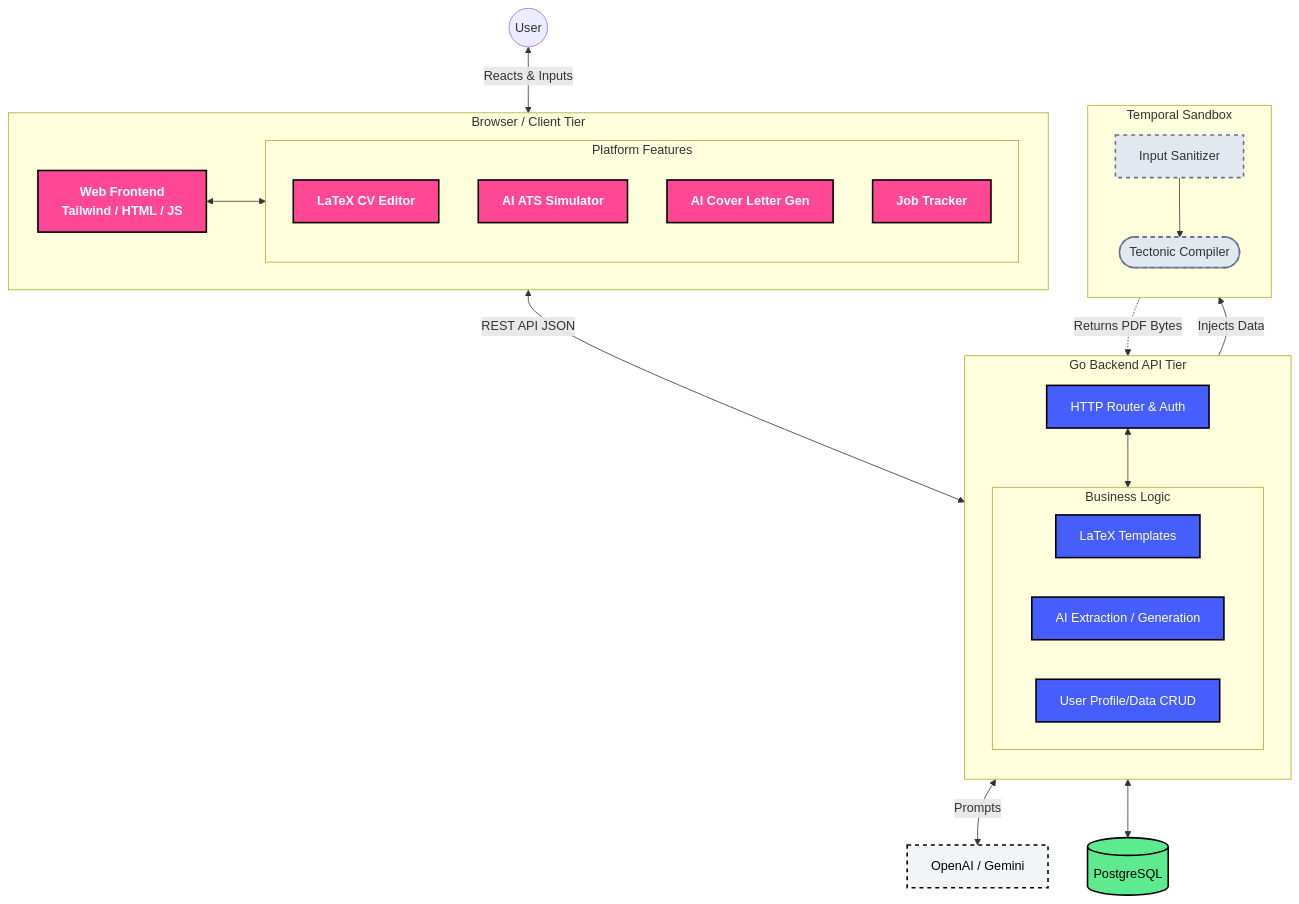
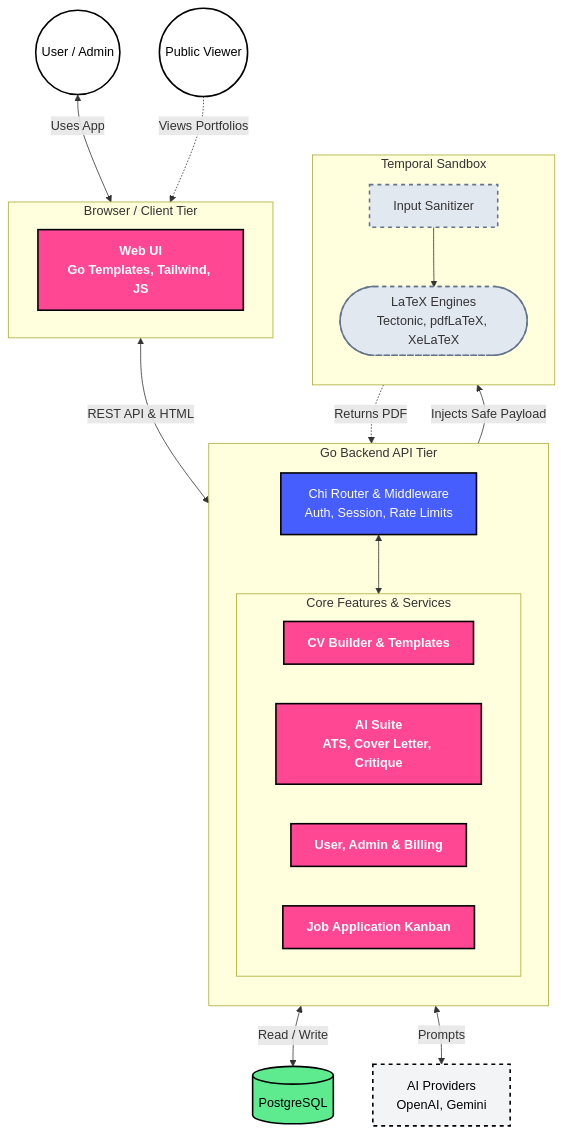
One commit to SemmiDev/atstex-lab changed the diagram in README.md. Above: the diagram before and after it, drawn with Mermaid.

Commit message:
docs: improve architecture diagram in README

````diff
--- a/README.md
+++ b/README.md
@@ -13,67 +13,61 @@
 ```mermaid
 flowchart TB
     %% Entities
-    User((User))
+    User((User / Admin))
+    Viewer((Public Viewer))
 
     subgraph Client [Browser / Client Tier]
-        direction LR
-        UI[Web Frontend<br/>Tailwind / HTML / JS]
-
-        subgraph Features [Platform Features]
-            direction TB
-            Builder[LaTeX CV Editor]
-            ATS[AI ATS Simulator]
-            Cover[AI Cover Letter Gen]
-            Kanban[Job Tracker]
-        end
-        UI <--> Features
+        UI[Web UI<br/>Go Templates, Tailwind, JS]
     end
 
     subgraph Server [Go Backend API Tier]
         direction TB
-        Gateway[HTTP Router & Auth]
+        Router[Chi Router & Middleware<br/>Auth, Session, Rate Limits]
 
-        subgraph Services [Business Logic]
+        subgraph CoreLogic [Core Features & Services]
             direction LR
-            TemplateSvc[LaTeX Templates]
-            AISvc[AI Extraction / Generation]
-            ProfileSvc[User Profile/Data CRUD]
+            Editor[CV Builder & Templates]
+            AITools[AI Suite<br/>ATS, Cover Letter, Critique]
+            UserSys[User, Admin & Billing]
+            Tracker[Job Application Kanban]
         end
-        Gateway <--> Services
+        Router <--> CoreLogic
+    end
+
+    subgraph Sandbox [Temporal Sandbox]
+        direction TB
+        Sanitizer[Input Sanitizer]
+        Engines([LaTeX Engines<br/>Tectonic, pdfLaTeX, XeLaTeX])
+        Sanitizer --> Engines
     end
 
     %% External & DB
     DB[(PostgreSQL)]
-    AI_API[OpenAI / Gemini]
-
-    %% Sandbox Subgraph
-    subgraph Sandbox [Temporal Sandbox]
-        direction TB
-        Sanitizer[Input Sanitizer]
-        Tectonic([Tectonic Compiler])
-        Sanitizer --> Tectonic
-    end
+    AI_API[AI Providers<br/>OpenAI, Gemini]
 
     %% Data Flow
-    User <-->|Reacts & Inputs| Client
-    Client <-->|REST API JSON| Gateway
+    User <-->|Uses App| Client
+    Viewer -.->|Views Portfolios| Client
+    Client <-->|REST API & HTML| Router
 
-    Services <--> DB
-    AISvc <-->|Prompts| AI_API
+    CoreLogic <-->|Read / Write| DB
+    CoreLogic <-->|Prompts| AI_API
 
-    TemplateSvc -->|Injects Data| Sanitizer
-    Tectonic -.->|Returns PDF Bytes| Gateway
+    Editor -->|Injects Safe Payload| Sanitizer
+    Engines -.->|Returns PDF| Router
 
-    %% Styling Elements
+    %% Styling
     classDef primary fill:#ff4794,stroke:#000,stroke-width:2px,color:#fff,font-weight:bold;
     classDef secondary fill:#475eff,stroke:#000,stroke-width:2px,color:#fff;
     classDef database fill:#5eeb8f,stroke:#000,stroke-width:2px,color:#000;
     classDef external fill:#f3f4f6,stroke:#000,stroke-width:2px,color:#000,stroke-dasharray: 5 5;
     classDef sandbox fill:#e2e8f0,stroke:#64748b,stroke-width:2px,stroke-dasharray: 5 5;
+    classDef user fill:#fff,stroke:#000,stroke-width:2px,color:#000;
 
-    class UI,Builder,ATS,Cover,Kanban primary;
-    class Gateway,TemplateSvc,AISvc,ProfileSvc secondary;
+    class UI,Editor,AITools,Tracker,UserSys primary;
+    class Router secondary;
     class DB database;
     class AI_API external;
-    class Sanitizer,Tectonic sandbox;
+    class Sanitizer,Engines sandbox;
+    class User,Viewer user;
 ```
````
